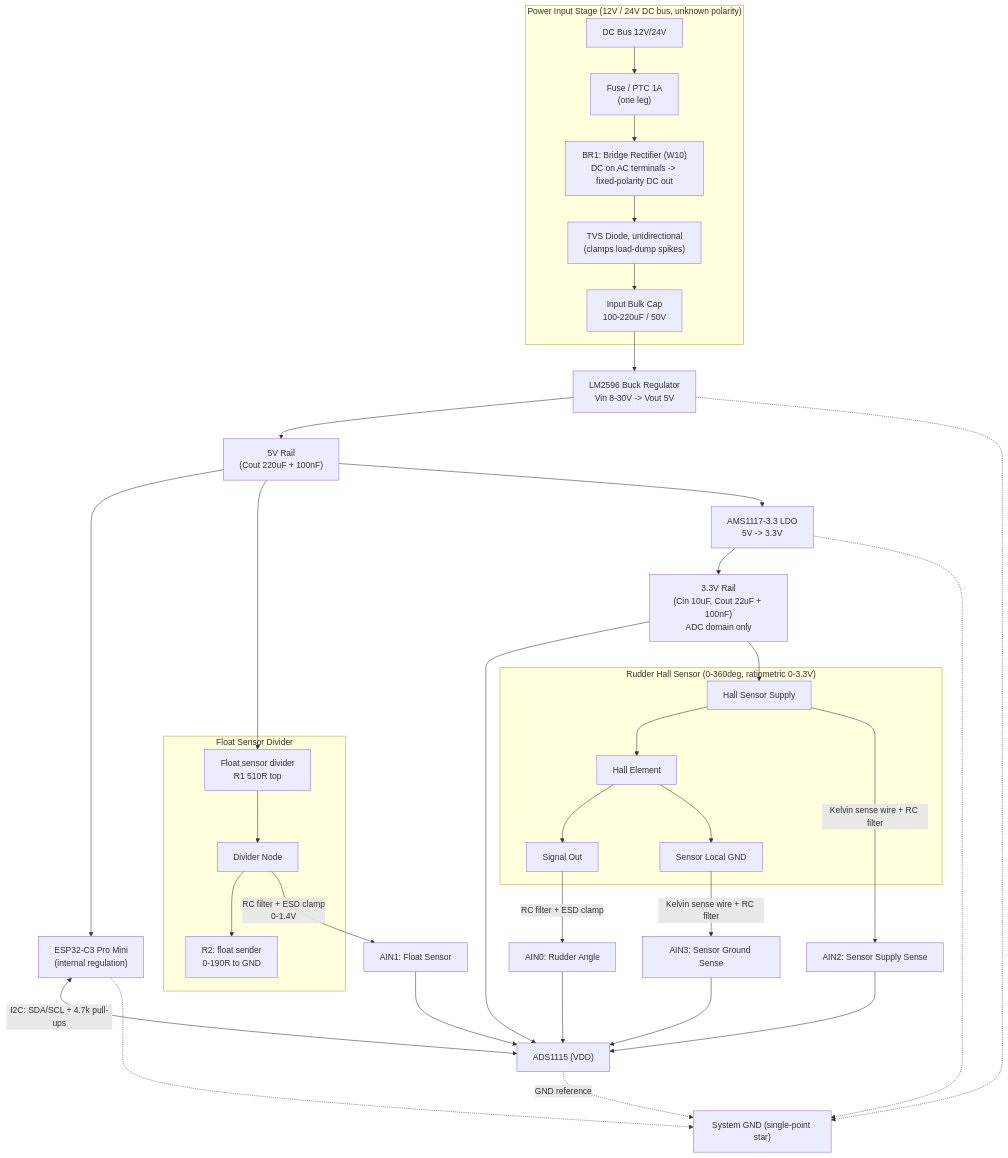
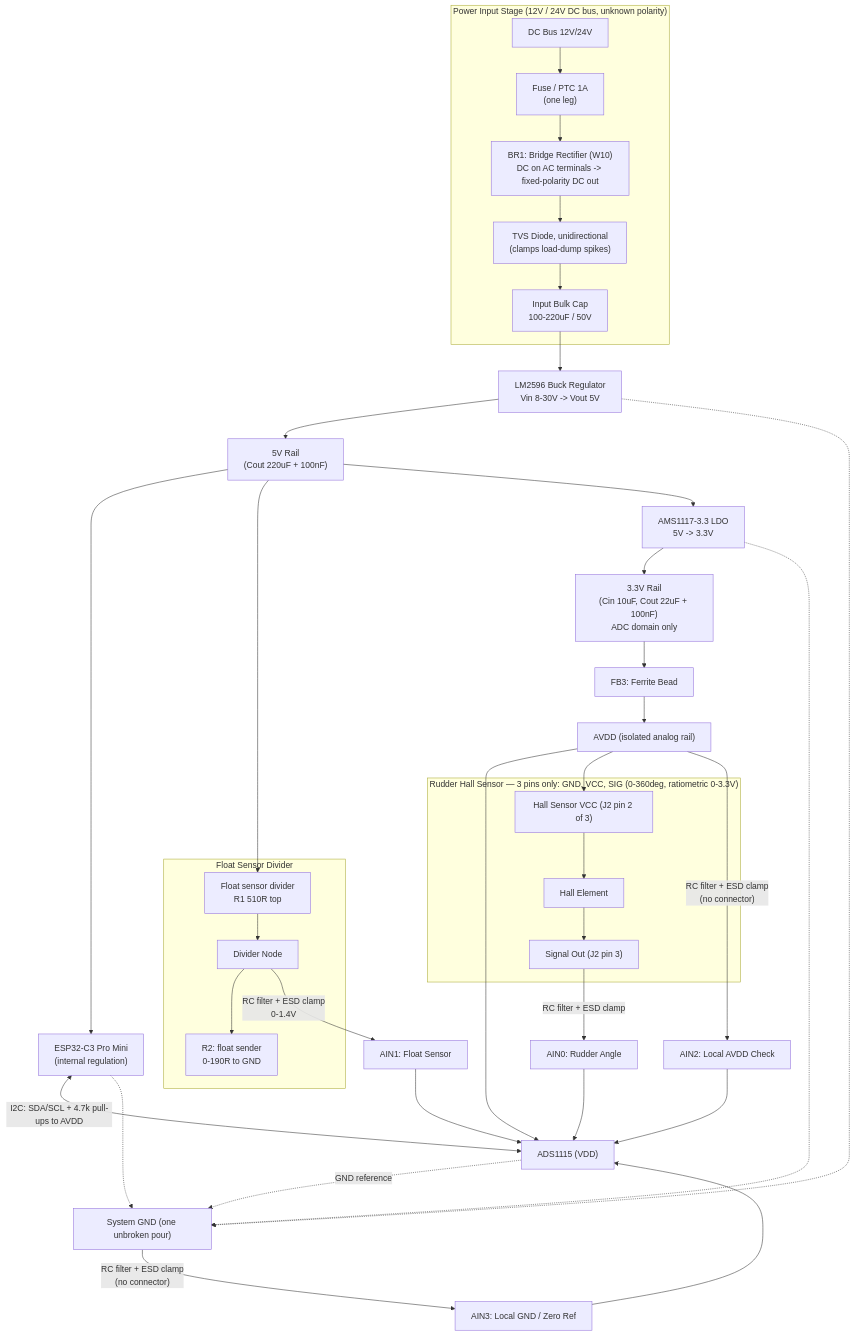
One commit to pandiannano/RudderAngleIndicator-ESP32C3-ADS1115-AngleSensor-Circuit changed the diagram in docs/HARDWARE-DESIGN.md. Above: the diagram before and after it, drawn with Mermaid. The commit also changed other lines of this file and 1 other file, not shown here.

First line of the commit message:
Rev G: simplify sensor wiring — drop Kelvin-sense, clarify connectors

````diff
--- a/docs/HARDWARE-DESIGN.md
+++ b/docs/HARDWARE-DESIGN.md
@@ -11,48 +11,49 @@
 ```mermaid
 flowchart TB
     subgraph INPUT["Power Input Stage (12V / 24V DC bus, unknown polarity)"]
         BUS["DC Bus 12V/24V"] --> FUSE["Fuse / PTC 1A\n(one leg)"]
         FUSE --> BRIDGE["BR1: Bridge Rectifier (W10)\nDC on AC terminals -> fixed-polarity DC out"]
         BRIDGE --> TVS["TVS Diode, unidirectional\n(clamps load-dump spikes)"]
         TVS --> CIN["Input Bulk Cap\n100-220uF / 50V"]
     end
 
     CIN --> LM["LM2596 Buck Regulator\nVin 8-30V -> Vout 5V"]
     LM --> R5V["5V Rail\n(Cout 220uF + 100nF)"]
 
     R5V --> ESP["ESP32-C3 Pro Mini\n(internal regulation)"]
     R5V --> FLTTOP["Float sensor divider\nR1 510R top"]
     R5V --> AMS["AMS1117-3.3 LDO\n5V -> 3.3V"]
     AMS --> R33["3.3V Rail\n(Cin 10uF, Cout 22uF + 100nF)\nADC domain only"]
 
-    R33 --> ADS["ADS1115 (VDD)"]
-    R33 --> SSUP["Hall Sensor Supply"]
+    R33 --> FB3["FB3: Ferrite Bead"]
+    FB3 --> AVDD["AVDD (isolated analog rail)"]
+    AVDD --> ADS["ADS1115 (VDD)"]
+    AVDD --> SSUP["Hall Sensor VCC (J2 pin 2 of 3)"]
 
-    ESP <-->|"I2C: SDA/SCL + 4.7k pull-ups"| ADS
+    ESP <-->|"I2C: SDA/SCL + 4.7k pull-ups to AVDD"| ADS
 
-    subgraph SENSOR["Rudder Hall Sensor (0-360deg, ratiometric 0-3.3V)"]
+    subgraph SENSOR["Rudder Hall Sensor — 3 pins only: GND, VCC, SIG (0-360deg, ratiometric 0-3.3V)"]
         SSUP --> HALL["Hall Element"]
-        HALL --> SIG["Signal Out"]
-        HALL --> SGND["Sensor Local GND"]
+        HALL --> SIG["Signal Out (J2 pin 3)"]
     end
 
     subgraph FLOAT["Float Sensor Divider"]
         FLTTOP --> FNODE["Divider Node"]
         FNODE --> R2VAR["R2: float sender\n0-190R to GND"]
     end
 
     SIG -->|"RC filter + ESD clamp"| AIN0["AIN0: Rudder Angle"]
     FNODE -->|"RC filter + ESD clamp\n0-1.4V"| AIN1["AIN1: Float Sensor"]
-    SSUP -->|"Kelvin sense wire + RC filter"| AIN2["AIN2: Sensor Supply Sense"]
-    SGND -->|"Kelvin sense wire + RC filter"| AIN3["AIN3: Sensor Ground Sense"]
+    AVDD -->|"RC filter + ESD clamp\n(no connector)"| AIN2["AIN2: Local AVDD Check"]
+    SYSGND["System GND (one unbroken pour)"] -->|"RC filter + ESD clamp\n(no connector)"| AIN3["AIN3: Local GND / Zero Ref"]
 
     AIN0 --> ADS
     AIN1 --> ADS
     AIN2 --> ADS
     AIN3 --> ADS
 
-    ADS -.->|"GND reference"| SYSGND["System GND (single-point star)"]
+    ADS -.->|"GND reference"| SYSGND
     ESP -.-> SYSGND
     AMS -.-> SYSGND
     LM -.-> SYSGND
 ```
````
